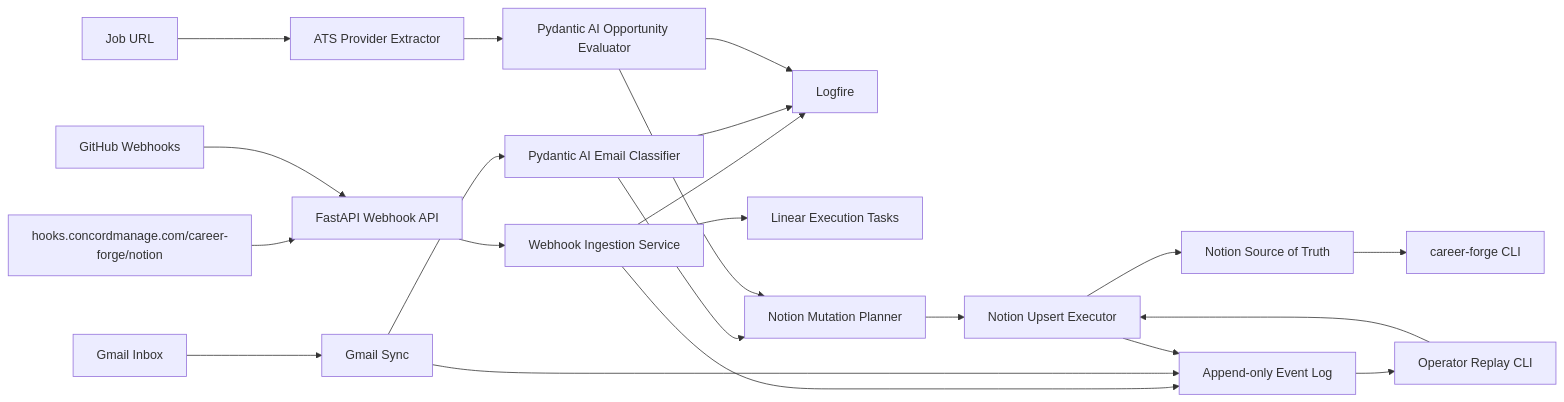
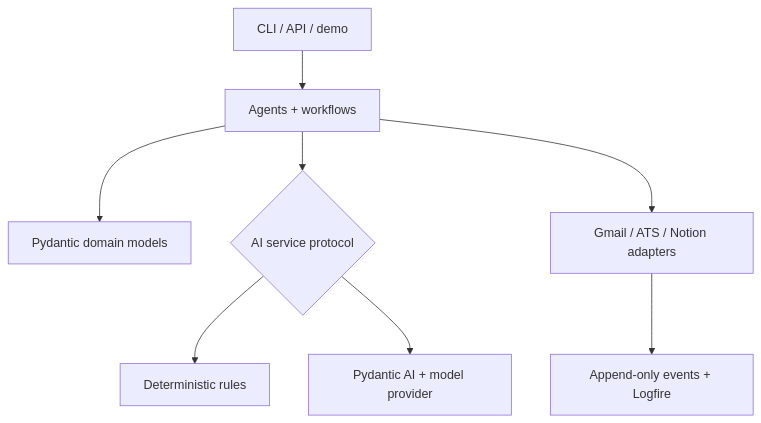
One commit to dillon-barendt/career-forge changed the diagram in README.md. Above: the diagram before and after it, drawn with Mermaid. The commit also changed other lines of this file and 47 other files, not shown here.

Commit message:
feat: publish reproducible CareerForge AI agent showcase

````diff
--- a/README.md
+++ b/README.md
@@ -46,24 +122,10 @@
 ```mermaid
-flowchart LR
-    Gmail["Gmail Inbox"] --> GmailSync["Gmail Sync"]
-    GmailSync --> EmailAI["Pydantic AI Email Classifier"]
-    JobURL["Job URL"] --> ATS["ATS Provider Extractor"]
-    Hook["hooks.concordmanage.com/career-forge/notion"] --> WebhookAPI["FastAPI Webhook API"]
-    GitHub["GitHub Webhooks"] --> WebhookAPI
-    WebhookAPI --> WebhookService["Webhook Ingestion Service"]
-    WebhookService --> Events
-    WebhookService --> Logfire
-    WebhookService --> Linear["Linear Execution Tasks"]
-    ATS --> OppAI["Pydantic AI Opportunity Evaluator"]
-    EmailAI --> Planner["Notion Mutation Planner"]
-    OppAI --> Planner
-    Events --> Replay["Operator Replay CLI"]
-    Replay --> Executor
-    Planner --> Executor["Notion Upsert Executor"]
-    Executor --> Notion["Notion Source of Truth"]
-    GmailSync --> Events["Append-only Event Log"]
-    Executor --> Events
-    EmailAI --> Logfire["Logfire"]
-    OppAI --> Logfire
-    Notion --> CLI["career-forge CLI"]
+flowchart TD
+    Interfaces["CLI / API / demo"] --> Application["Agents + workflows"]
+    Application --> Domain["Pydantic domain models"]
+    Application --> AI{"AI service protocol"}
+    AI --> Deterministic["Deterministic rules"]
+    AI --> PydanticAI["Pydantic AI + model provider"]
+    Application --> Providers["Gmail / ATS / Notion adapters"]
+    Providers --> Events["Append-only events + Logfire"]
 ```
````
